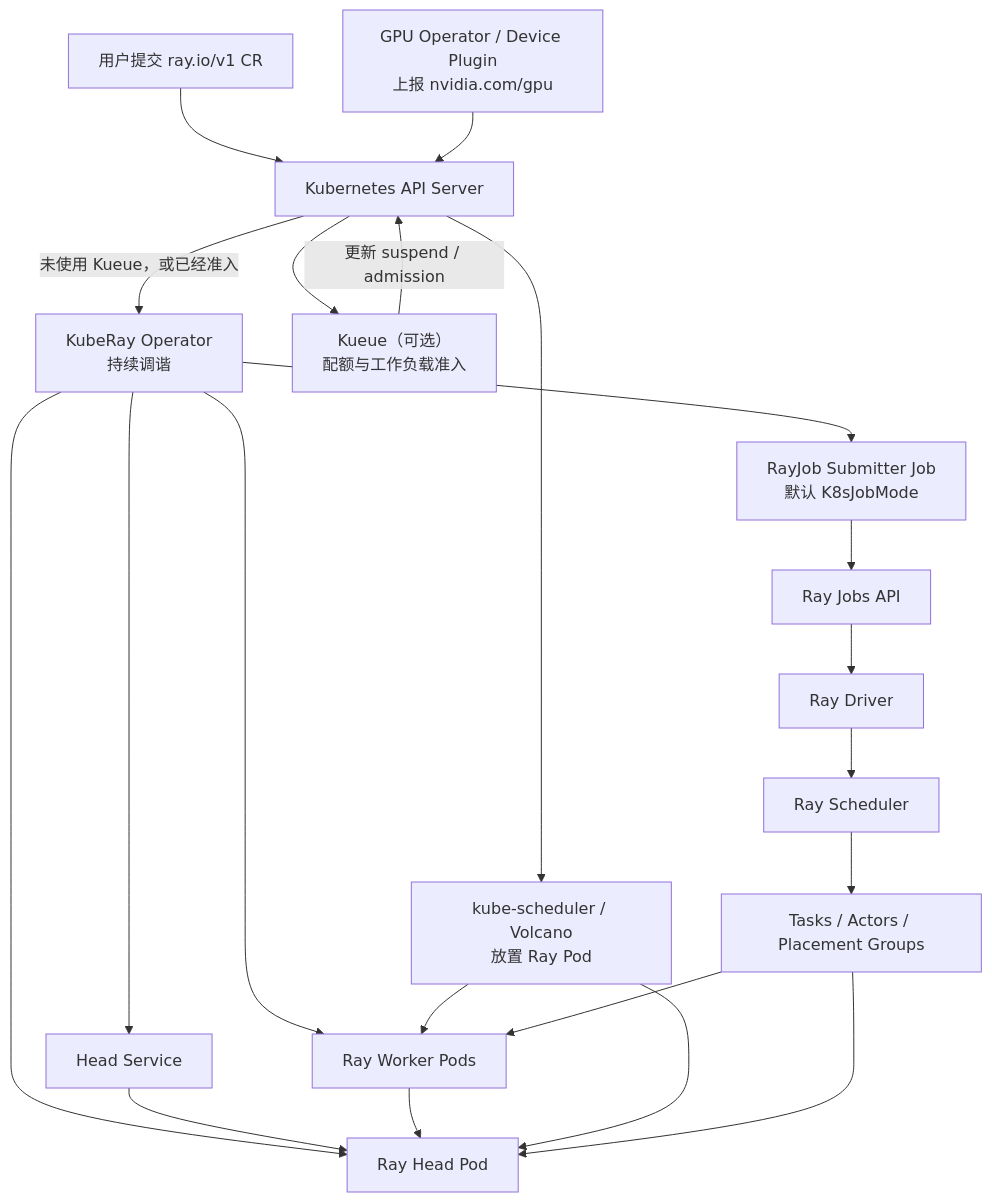
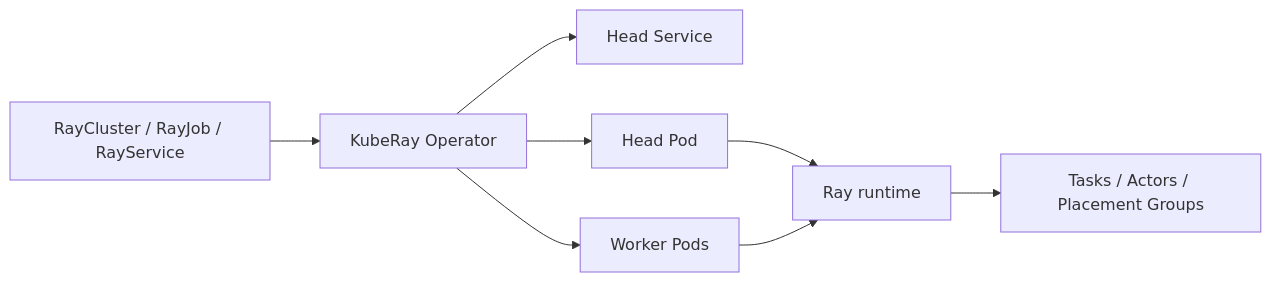
The diagram in 一文搞懂 KubeRay：Kubernetes 已经能跑 Pod，为什么还需要 Ray Operator？.md (lijiawang/ai-idc-network-learning), drawn with Mermaid before and after one commit. The commit also changed other lines of this file and 1 other file, not shown here.

Commit message:
精简 KubeRay 文章与 GPU 示例

````diff
--- a/一文搞懂 KubeRay：Kubernetes 已经能跑 Pod，为什么还需要 Ray Operator？.md
+++ b/一文搞懂 KubeRay：Kubernetes 已经能跑 Pod，为什么还需要 Ray Operator？.md
@@ -88,23 +46,10 @@
 ```mermaid
-flowchart TB
-    U["用户提交 ray.io/v1 CR"] --> API["Kubernetes API Server"]
-    API -->|"未使用 Kueue，或已经准入"| OP["KubeRay Operator<br/>持续调谐"]
+flowchart LR
+    CR["RayCluster / RayJob / RayService"] --> OP["KubeRay Operator"]
     OP --> HS["Head Service"]
-    OP --> HP["Ray Head Pod"]
-    OP --> WP["Ray Worker Pods"]
-    OP --> SJ["RayJob Submitter Job<br/>默认 K8sJobMode"]
-    SJ --> JOBS["Ray Jobs API"]
-    HS --> HP
-    WP --> HP
-    API --> KQ["Kueue（可选）<br/>配额与工作负载准入"]
-    KQ -->|"更新 suspend / admission"| API
-    API --> BS["kube-scheduler / Volcano<br/>放置 Ray Pod"]
-    BS --> HP
-    BS --> WP
-    GPU["GPU Operator / Device Plugin<br/>上报 nvidia.com/gpu"] --> API
-    JOBS --> DRIVER["Ray Driver"]
-    DRIVER --> RS["Ray Scheduler"]
-    RS --> TA["Tasks / Actors / Placement Groups"]
-    TA --> HP
-    TA --> WP
+    OP --> HP["Head Pod"]
+    OP --> WP["Worker Pods"]
+    HP --> RAY["Ray runtime"]
+    WP --> RAY
+    RAY --> WORK["Tasks / Actors / Placement Groups"]
 ```
````
